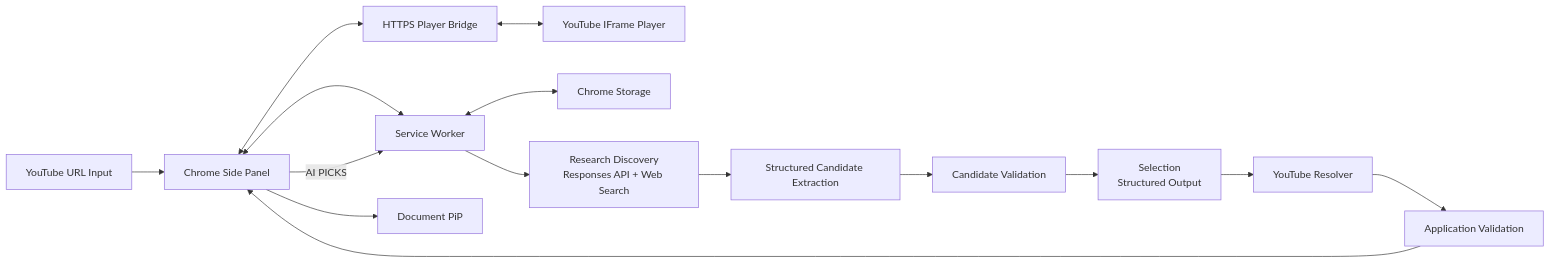
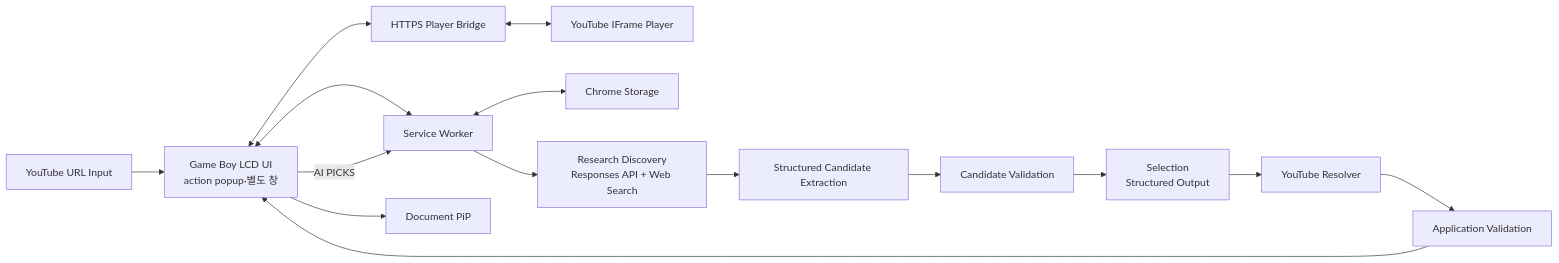
The diagram in .project/plan.md (seoheejung/pixel-jukebox), drawn with Mermaid before and after one commit. The commit also changed other lines of this file and 16 other files, not shown here.

````diff
--- a/.project/plan.md
+++ b/.project/plan.md
@@ -199,33 +199,33 @@
 ```mermaid
 flowchart LR
     Input["YouTube URL Input"]
-    Panel["Chrome Side Panel"]
+    Panel["Game Boy LCD UI<br/>action popup·별도 창"]
     Bridge["HTTPS Player Bridge"]
     YT["YouTube IFrame Player"]
     Worker["Service Worker"]
     Storage["Chrome Storage"]
     PiP["Document PiP"]
 
     Discovery["Research Discovery<br/>Responses API + Web Search"]
     Extraction["Structured Candidate Extraction"]
     Parser["Candidate Validation"]
     Selection["Selection<br/>Structured Output"]
     Resolver["YouTube Resolver"]
     Validation["Application Validation"]
 
     Input --> Panel
     Panel <--> Bridge
     Bridge <--> YT
     Panel <--> Worker
     Worker <--> Storage
     Panel --> PiP
 
     Panel -->|"AI PICKS"| Worker
     Worker --> Discovery
     Discovery --> Extraction
     Extraction --> Parser
     Parser --> Selection
     Selection --> Resolver
     Resolver --> Validation
     Validation --> Panel
 ```
````
